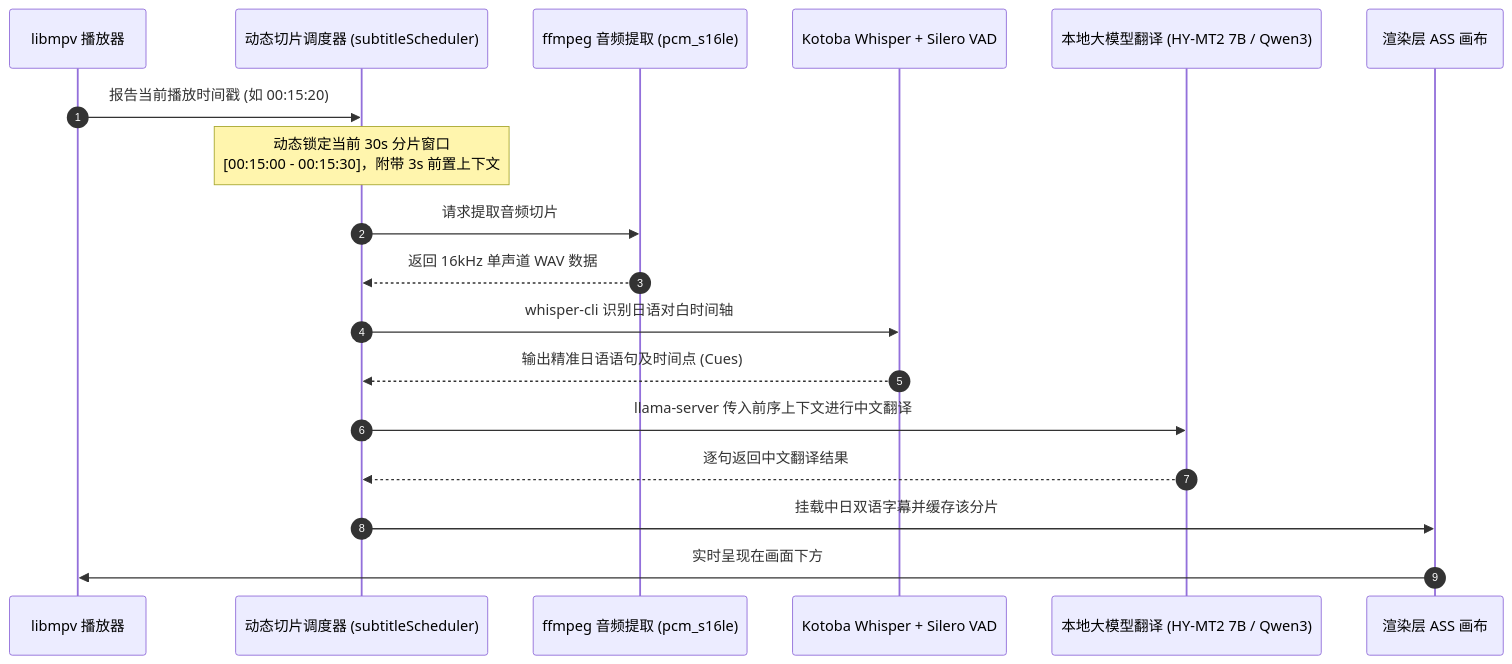
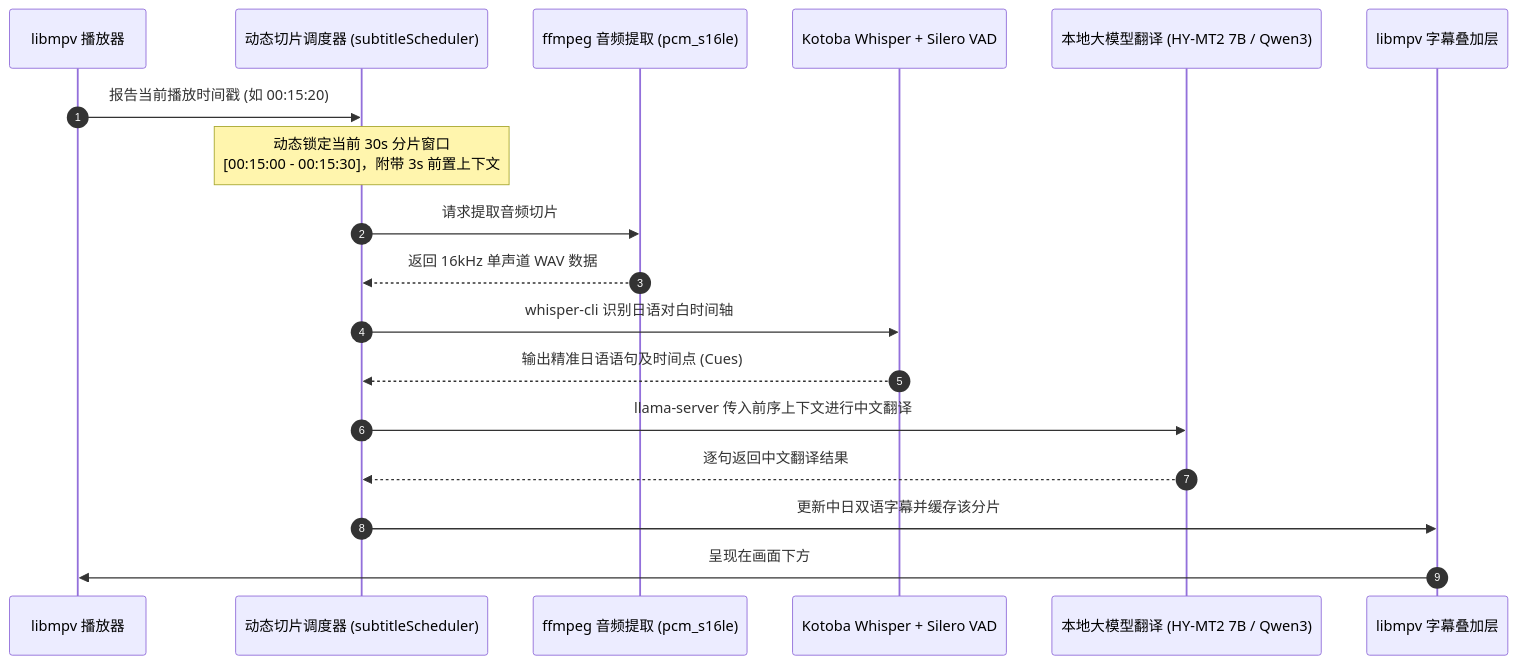
The diagram in website/src/content/docs/guides/ai-subtitles-and-models.md (JavdexLabs/Javdex), drawn with Mermaid before and after one commit. The commit also changed other lines of this file and 19 other files, not shown here.

````diff
--- a/website/src/content/docs/guides/ai-subtitles-and-models.md
+++ b/website/src/content/docs/guides/ai-subtitles-and-models.md
@@ -24,21 +24,21 @@
 ```mermaid
 sequenceDiagram
   autonumber
   participant Player as libmpv 播放器
   participant Scheduler as 动态切片调度器 (subtitleScheduler)
   participant Audio as ffmpeg 音频提取 (pcm_s16le)
   participant ASR as Kotoba Whisper + Silero VAD
   participant LLM as 本地大模型翻译 (HY-MT2 7B / Qwen3)
-  participant Canvas as 渲染层 ASS 画布
+  participant Overlay as libmpv 字幕叠加层
 
   Player->>Scheduler: 报告当前播放时间戳 (如 00:15:20)
   Note over Scheduler: 动态锁定当前 30s 分片窗口<br/>[00:15:00 - 00:15:30]，附带 3s 前置上下文
   Scheduler->>Audio: 请求提取音频切片
   Audio-->>Scheduler: 返回 16kHz 单声道 WAV 数据
   Scheduler->>ASR: whisper-cli 识别日语对白时间轴
   ASR-->>Scheduler: 输出精准日语语句及时间点 (Cues)
   Scheduler->>LLM: llama-server 传入前序上下文进行中文翻译
   LLM-->>Scheduler: 逐句返回中文翻译结果
-  Scheduler->>Canvas: 挂载中日双语字幕并缓存该分片
-  Canvas->>Player: 实时呈现在画面下方
+  Scheduler->>Overlay: 更新中日双语字幕并缓存该分片
+  Overlay->>Player: 呈现在画面下方
 ```
````
